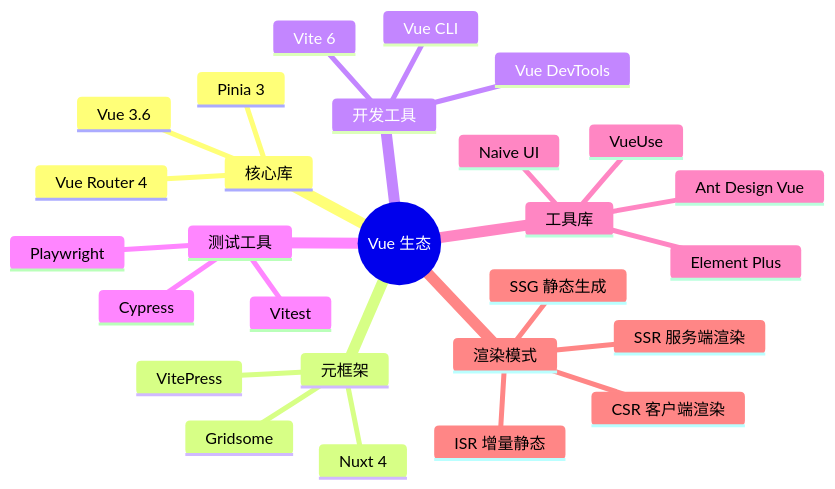
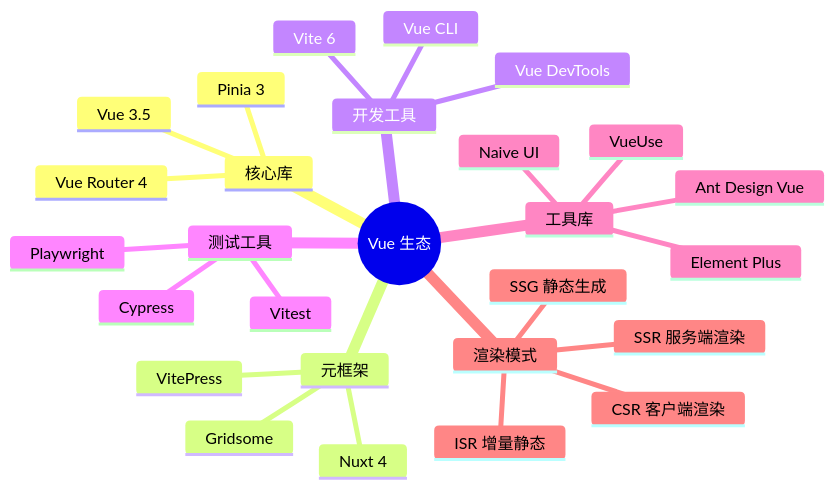
Diagram 41 of 46 in S2-框架深入/02-Vue3.md (KMaybe01/common), drawn with Mermaid before and after one commit. The commit also changed other lines of this file and 51 other files, not shown here.

````diff
--- a/S2-框架深入/02-Vue3.md
+++ b/S2-框架深入/02-Vue3.md
@@ -2880,30 +2774,30 @@
 ```mermaid
 mindmap
   root((Vue 生态))
     核心库
-      Vue 3.6
+      Vue 3.5
       Vue Router 4
       Pinia 3
     元框架
       Nuxt 4
       VitePress
       Gridsome
     开发工具
       Vite 6
       Vue DevTools
       Vue CLI
     测试工具
       Vitest
       Cypress
       Playwright
     工具库
       VueUse
       Element Plus
       Ant Design Vue
       Naive UI
     渲染模式
       CSR 客户端渲染
       SSR 服务端渲染
       SSG 静态生成
       ISR 增量静态
 ```
````
